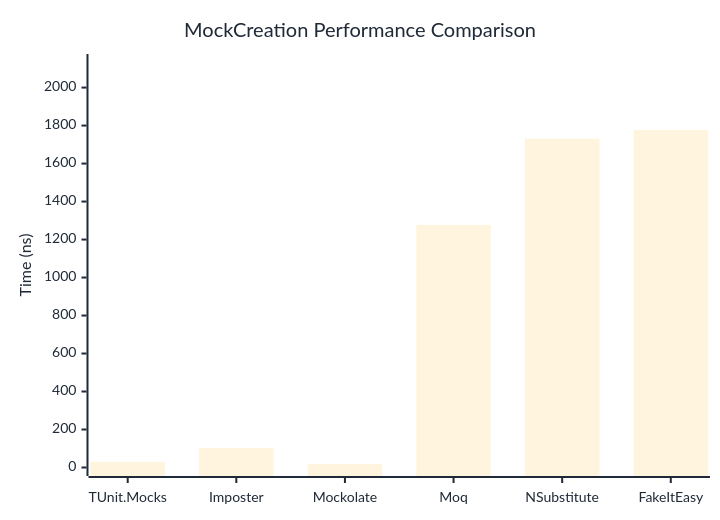
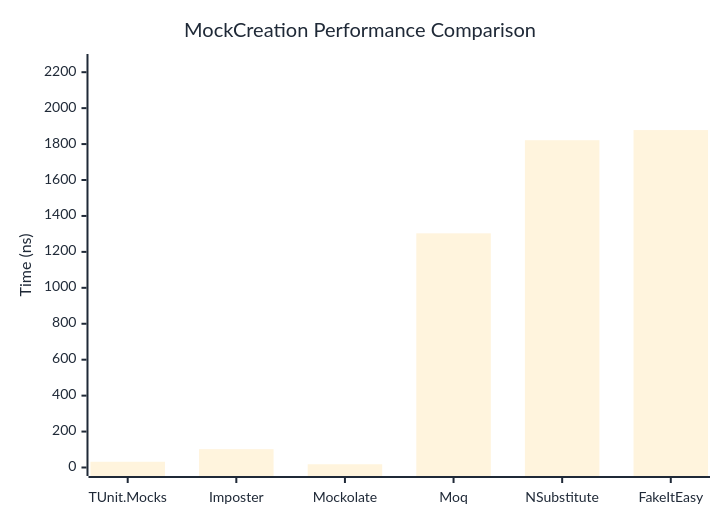
The first of 2 diagrams in docs/docs/benchmarks/mocks/MockCreation.md (thomhurst/TUnit), drawn with Mermaid before and after one commit. The commit also changed other lines of this file and 14 other files, not shown here.

````diff
--- a/docs/docs/benchmarks/mocks/MockCreation.md
+++ b/docs/docs/benchmarks/mocks/MockCreation.md
@@ -30,27 +30,27 @@
 ```mermaid
 %%{init: {
   'theme':'base',
   'themeVariables': {
     'primaryColor': '#2563eb',
     'primaryTextColor': '#1f2937',
     'primaryBorderColor': '#1e40af',
     'lineColor': '#6b7280',
     'secondaryColor': '#7c3aed',
     'tertiaryColor': '#dc2626',
     'background': '#ffffff',
     'pie1': '#2563eb',
     'pie2': '#7c3aed',
     'pie3': '#dc2626',
     'pie4': '#f59e0b',
     'pie5': '#10b981',
     'pie6': '#06b6d4',
     'pie7': '#ec4899',
     'pie8': '#6366f1'
   }
 }}%%
 xychart-beta
   title "MockCreation Performance Comparison"
   x-axis ["TUnit.Mocks", "Imposter", "Mockolate", "Moq", "NSubstitute", "FakeItEasy"]
-  y-axis "Time (ns)" 0 --> 2132
-  bar [29.7, 102.82, 18.3, 1277.23, 1731.47, 1776.4]
+  y-axis "Time (ns)" 0 --> 2254
+  bar [31.99, 102.07, 18.04, 1303.32, 1821.5, 1877.85]
 ```
````
